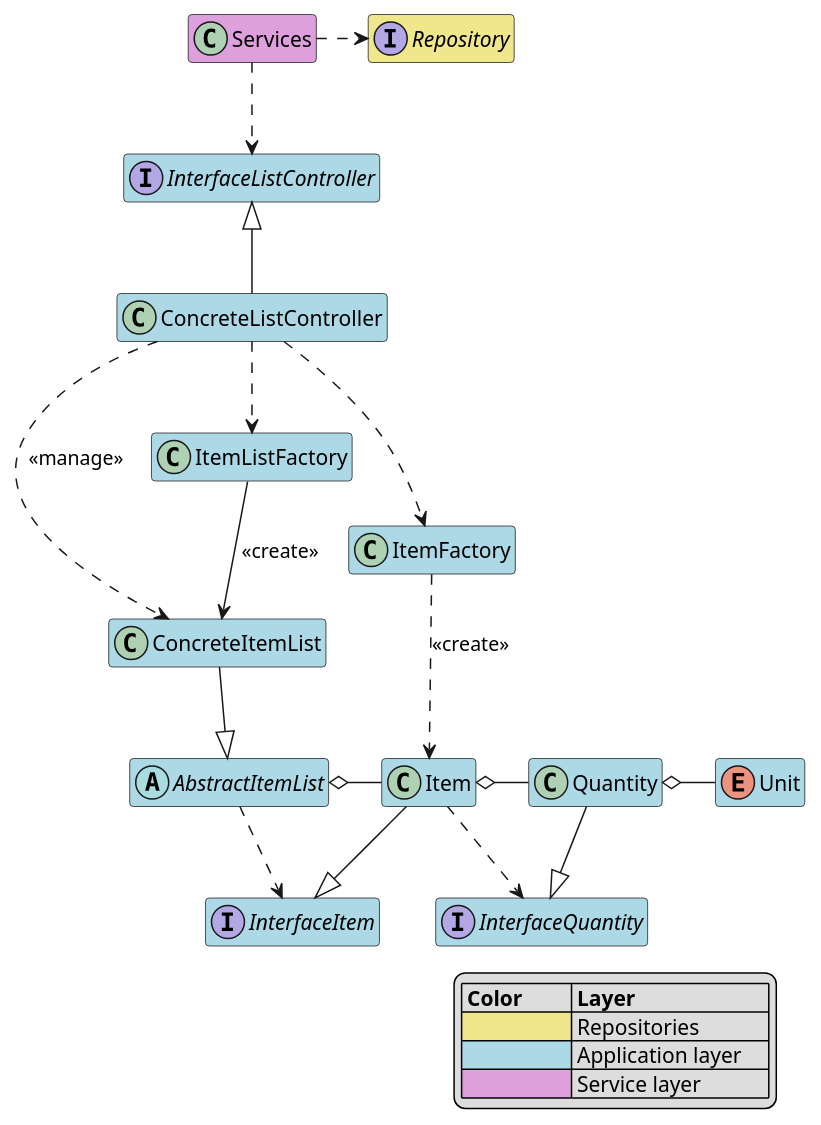
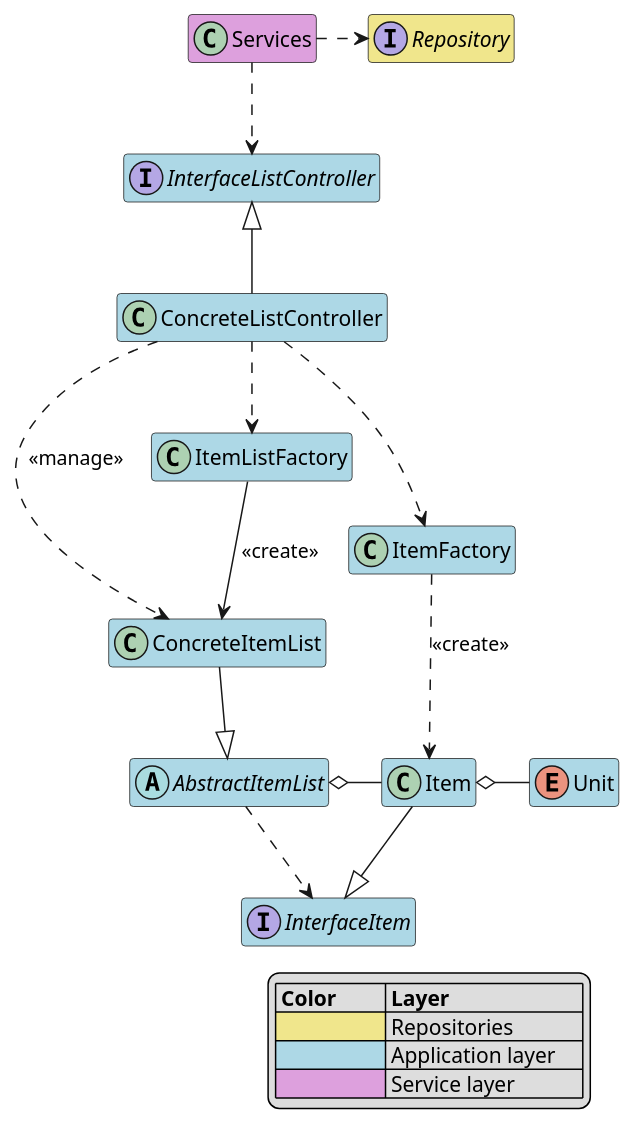
Before and after one commit to Uhgtred/Recipe_Shopping_List: the diagram in Architecture/Application/BlackboxViewApplication.puml, drawn with PlantUML. The commit also changed 6 other files, not shown here.

Commit message:
adapting the architecture and adding requirements to Requirements.md

```diff
--- a/Architecture/Application/BlackboxViewApplication.puml
+++ b/Architecture/Application/BlackboxViewApplication.puml
@@ -1,56 +1,56 @@
-@startuml
+@startuml BlackboxViewApplication
 hide empty members
 
 
 
 interface InterfaceListController #lightblue
 
 class ConcreteListController #lightblue
 ConcreteListController ..> ConcreteItemList: <<manage>>
 ConcreteListController ..> ItemFactory
 ConcreteListController -u-|> InterfaceListController
 ConcreteListController ..> ItemListFactory
 
 interface InterfaceItem #lightblue
 
-interface InterfaceQuantity #lightblue
+' interface InterfaceQuantity #lightblue
 
 abstract class AbstractItemList #lightblue
 AbstractItemList o-r- Item
 AbstractItemList ..> InterfaceItem
 
-class Quantity #lightblue
-Quantity -lo Item
-Quantity --|> InterfaceQuantity
+' class Quantity #lightblue
+' Quantity -lo Item
+' Quantity --|> InterfaceQuantity
 
 enum Unit #lightblue
-Unit -lo Quantity
+Unit -lo Item
 
 class ItemListFactory #lightblue
 ItemListFactory --> ConcreteItemList: <<create>>
 
 class ConcreteItemList #lightblue
 ConcreteItemList --|> AbstractItemList
 
 class ItemFactory #lightblue
 ItemFactory ..> Item: <<create>>
 
 class Item #lightblue
 Item --|> InterfaceItem
-Item ..> InterfaceQuantity
+' Item ..> InterfaceQuantity
 
 interface Repository #khaki
 
 class Services #plum
 Services .r.> Repository
 Services ..> InterfaceListController
 
 
 
 legend bottom right
 | **Color**         | **Layer**             |
 | <#khaki>          | Repositories          |
 | <#lightblue>      | Application layer     |
 | <#plum>           | Service layer         |
 end legend
 @enduml
```
